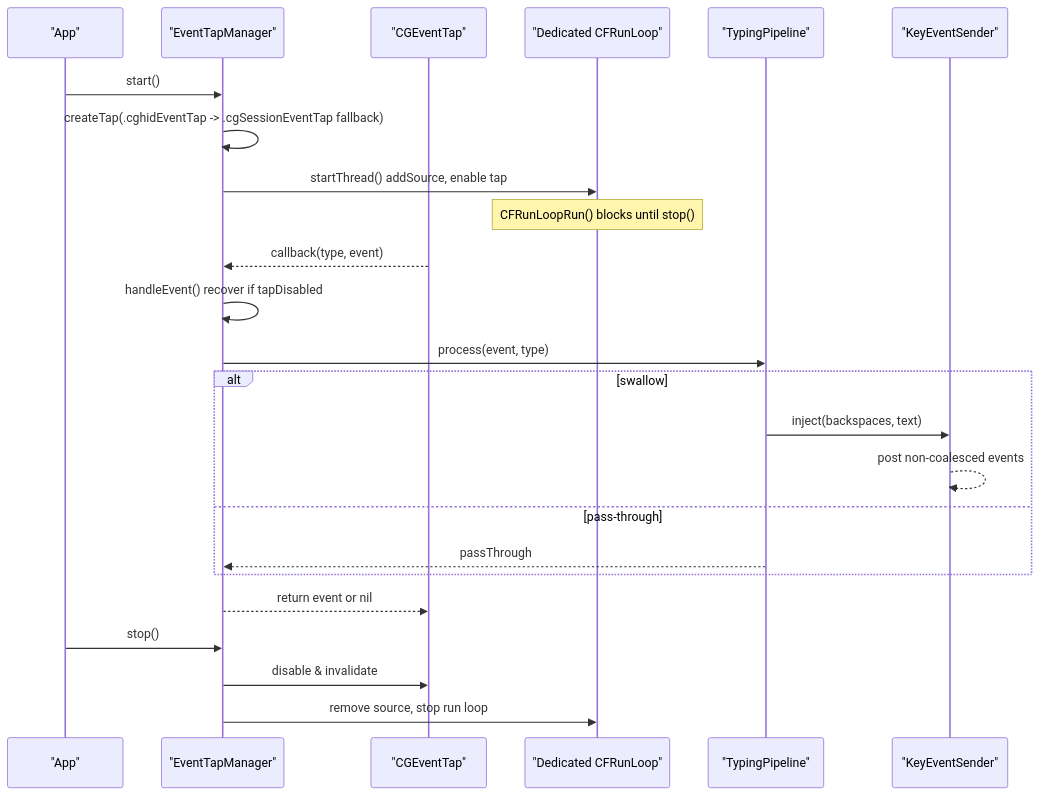
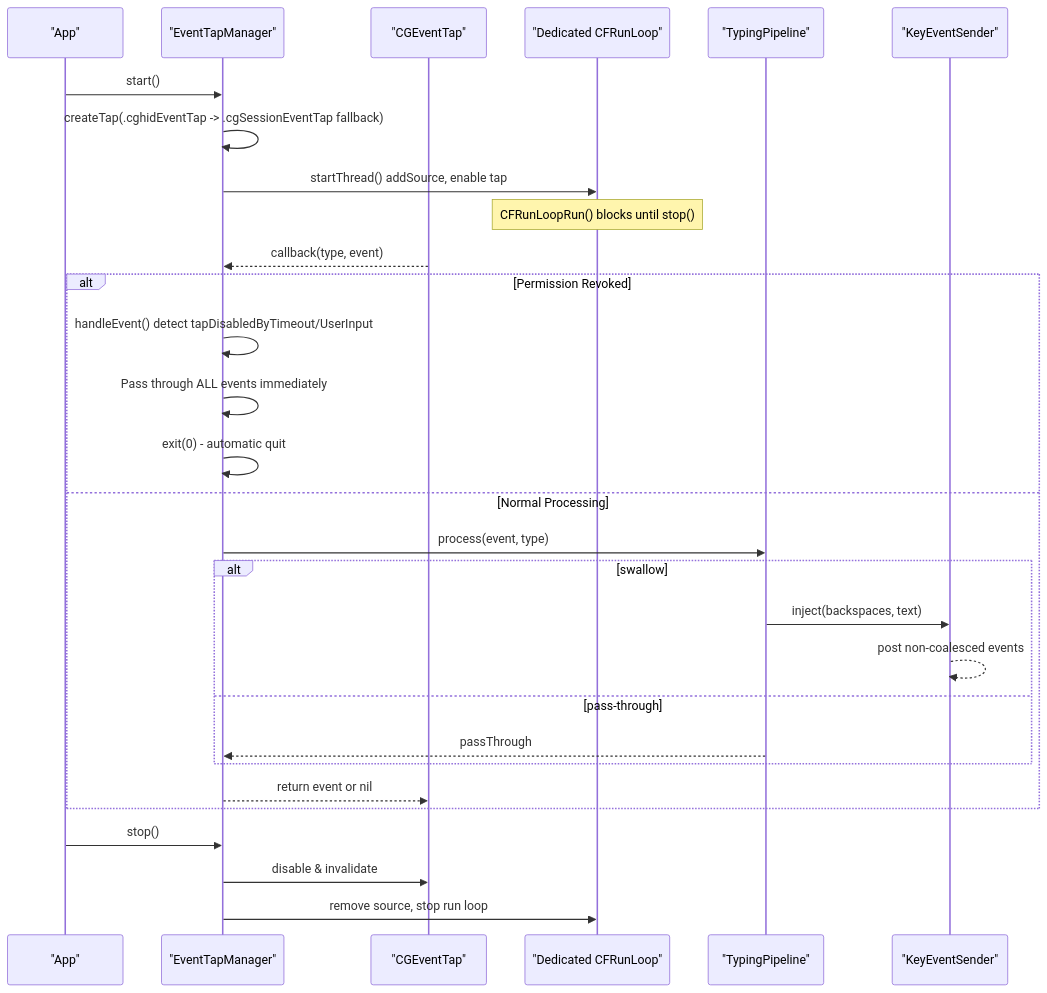
The second of 6 diagrams in .qoder/repowiki/en/content/macOS Application/Keyboard Event Handling/Event Capture System.md (Nam088/skey), drawn with Mermaid before and after one commit. The commit also changed other lines of this file and 169 other files, not shown here.

````diff
--- a/.qoder/repowiki/en/content/macOS Application/Keyboard Event Handling/Event Capture System.md
+++ b/.qoder/repowiki/en/content/macOS Application/Keyboard Event Handling/Event Capture System.md
@@ -79,26 +89,31 @@
 ```mermaid
 sequenceDiagram
 participant App as "App"
 participant ETM as "EventTapManager"
 participant Tap as "CGEventTap"
 participant RL as "Dedicated CFRunLoop"
 participant TP as "TypingPipeline"
 participant KS as "KeyEventSender"
 App->>ETM : start()
 ETM->>ETM : createTap(.cghidEventTap -> .cgSessionEventTap fallback)
 ETM->>RL : startThread() addSource, enable tap
 Note over RL : CFRunLoopRun() blocks until stop()
 Tap-->>ETM : callback(type, event)
-ETM->>ETM : handleEvent() recover if tapDisabled
+alt Permission Revoked
+ETM->>ETM : handleEvent() detect tapDisabledByTimeout/UserInput
+ETM->>ETM : Pass through ALL events immediately
+ETM->>ETM : exit(0) - automatic quit
+else Normal Processing
 ETM->>TP : process(event, type)
 alt swallow
 TP->>KS : inject(backspaces, text)
 KS-->>KS : post non-coalesced events
 else pass-through
 TP-->>ETM : passThrough
 end
 ETM-->>Tap : return event or nil
+end
 App->>ETM : stop()
 ETM->>Tap : disable & invalidate
 ETM->>RL : remove source, stop run loop
 ```
````
